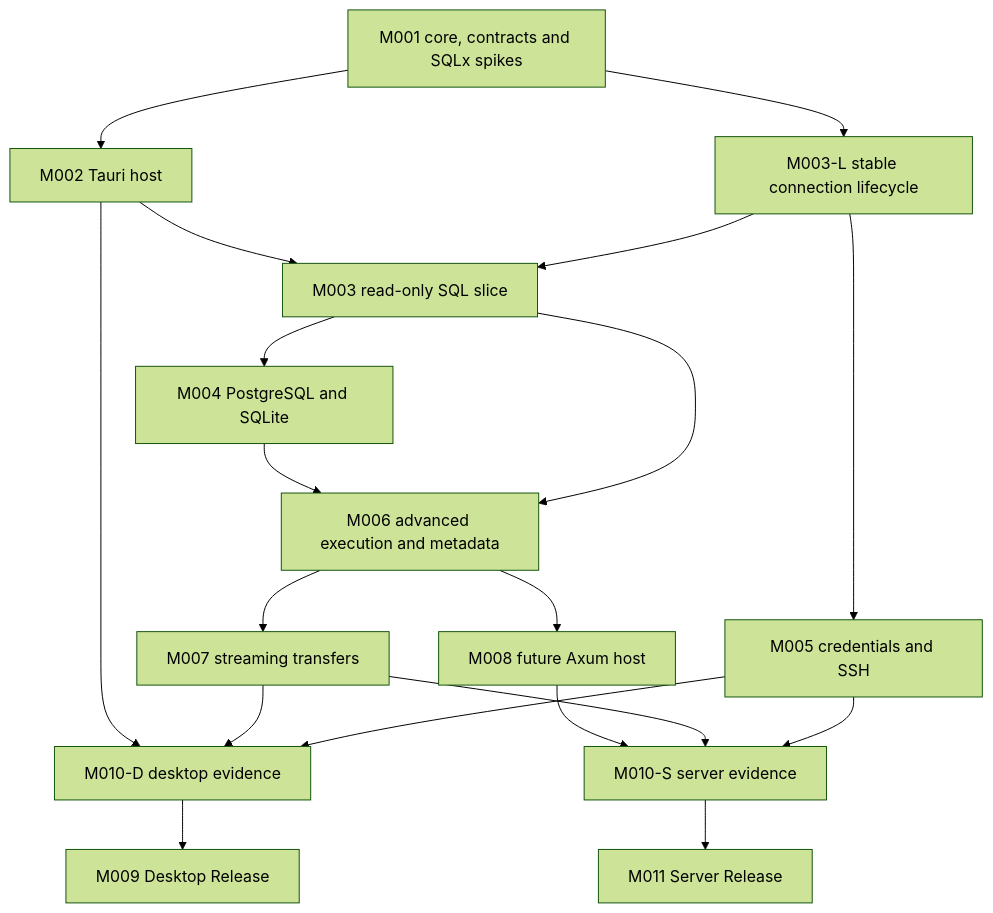
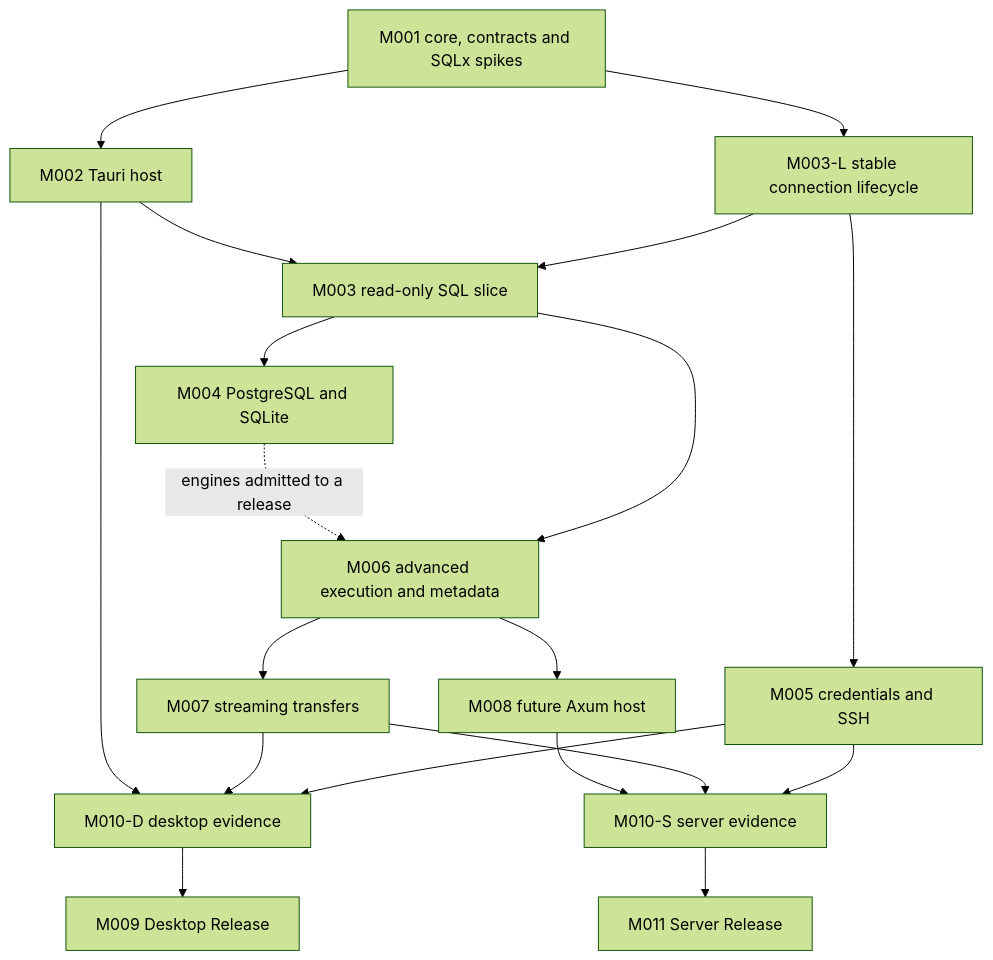
One commit to laranex/stoneql changed the first of 2 diagrams in docs/architecture/roadmap.md. Above: the diagram before and after it, drawn with Mermaid (forest theme). The commit also changed other lines of this file and 74 other files, not shown here.

````diff
--- a/docs/architecture/roadmap.md
+++ b/docs/architecture/roadmap.md
@@ -26,21 +30,21 @@
 ```mermaid
 flowchart TD
   M001["M001 core, contracts and SQLx spikes"] --> M002["M002 Tauri host"]
   M001 --> L["M003-L stable connection lifecycle"]
   L --> M003["M003 read-only SQL slice"]
   M002 --> M003
   L --> M005["M005 credentials and SSH"]
   M003 --> M004["M004 PostgreSQL and SQLite"]
   M003 --> M006["M006 advanced execution and metadata"]
-  M004 --> M006
+  M004 -.->|engines admitted to a release| M006
   M006 --> M007["M007 streaming transfers"]
   M006 --> M008["M008 future Axum host"]
   M005 --> D["M010-D desktop evidence"]
   M007 --> D
   M002 --> D
   D --> M009["M009 Desktop Release"]
   M005 --> S["M010-S server evidence"]
   M007 --> S
   M008 --> S
   S --> M011["M011 Server Release"]
 ```
````
